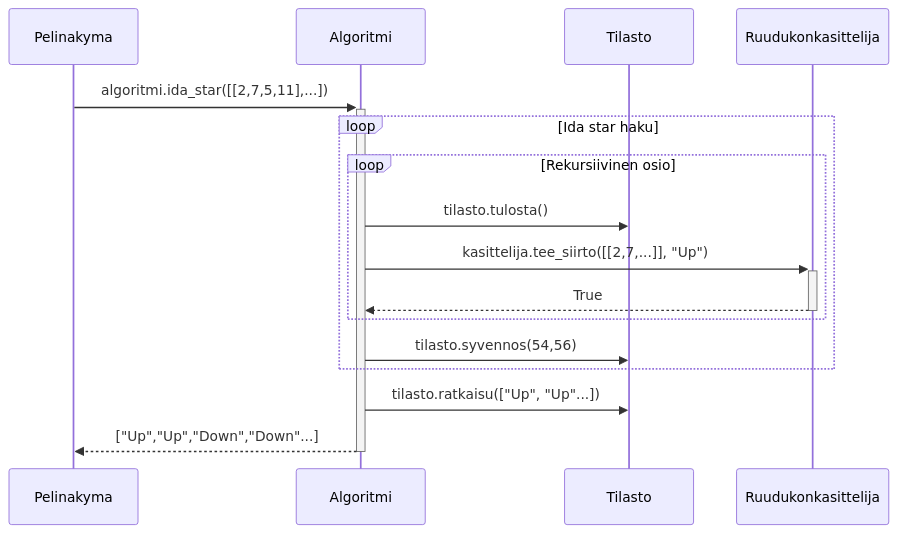
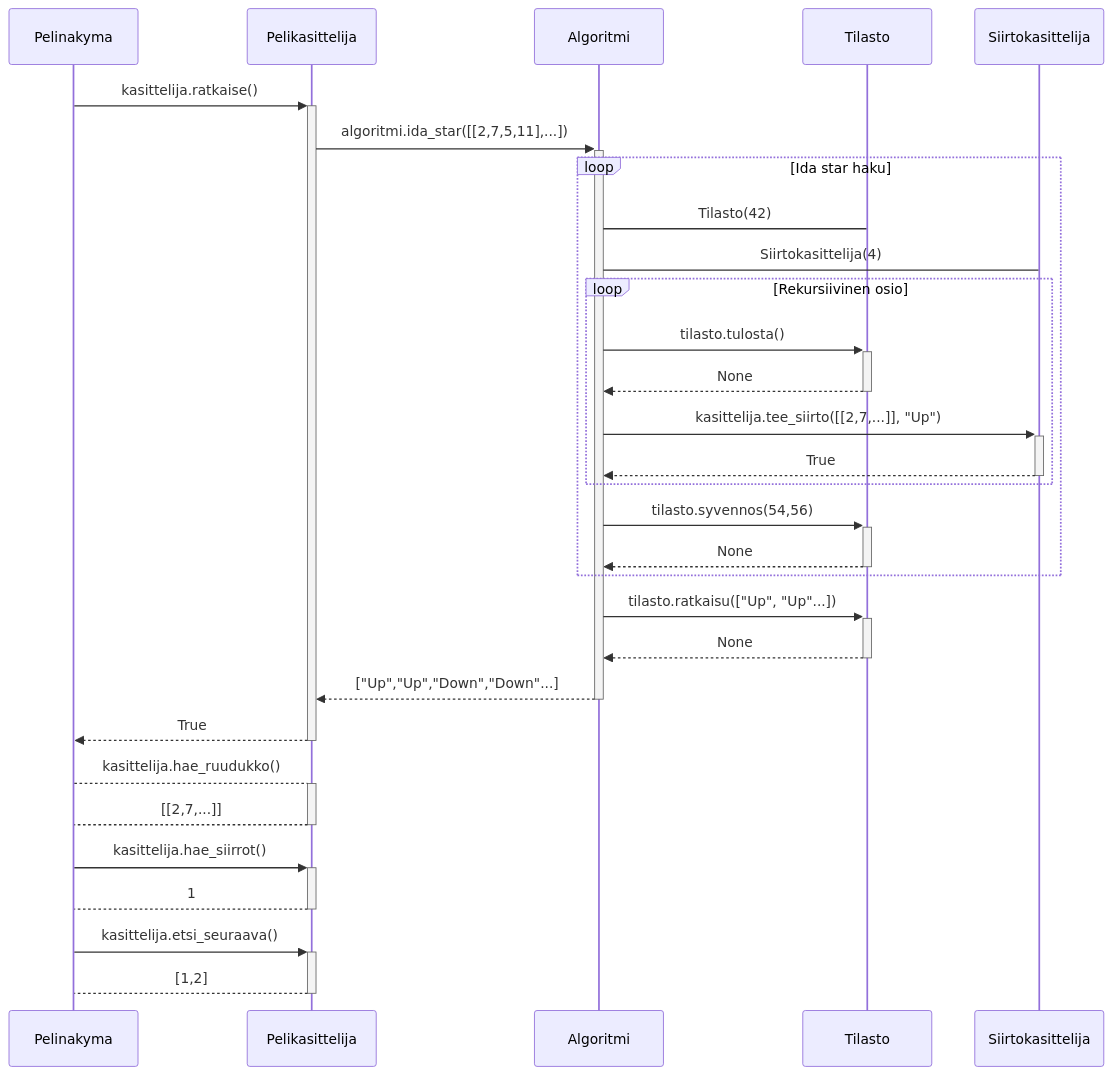
Before and after one commit to EliasTHelsinginYliopisto/15PelinRatkaisija: the third of 4 diagrams in Dokumentaatio/Toteutusdokumentti.md, drawn with Mermaid. The commit also changed other lines of this file and 7 other files, not shown here.

````diff
--- a/Dokumentaatio/Toteutusdokumentti.md
+++ b/Dokumentaatio/Toteutusdokumentti.md
@@ -44,19 +84,27 @@
 ```mermaid
 sequenceDiagram 
-    participant Pelinakyma
-    participant Algoritmi
-    participant Tilasto
-    participant Ruudukonkasittelija
-
-    Pelinakyma ->>+ Algoritmi: algoritmi.ida_star([[2,7,5,11],...])
+    Pelinakyma ->>+ Pelikasittelija: kasittelija.ratkaise()
+    Pelikasittelija ->>+ Algoritmi: algoritmi.ida_star([[2,7,5,11],...])
     loop Ida star haku
+    Algoritmi -> Tilasto: Tilasto(42)
+    Algoritmi -> Siirtokasittelija: Siirtokasittelija(4)
     loop Rekursiivinen osio
-    Algoritmi ->> Tilasto: tilasto.tulosta()
-    Algoritmi ->>+ Ruudukonkasittelija: kasittelija.tee_siirto([[2,7,...]], "Up")
-    Ruudukonkasittelija -->>- Algoritmi: True 
+    Algoritmi ->>+ Tilasto: tilasto.tulosta()
+    Tilasto -->>- Algoritmi: None
+    Algoritmi ->>+ Siirtokasittelija: kasittelija.tee_siirto([[2,7,...]], "Up")
+    Siirtokasittelija -->>- Algoritmi: True 
     end
-    Algoritmi ->> Tilasto: tilasto.syvennos(54,56)
+    Algoritmi ->>+ Tilasto: tilasto.syvennos(54,56)
+    Tilasto -->>- Algoritmi: None
     end
-    Algoritmi ->> Tilasto: tilasto.ratkaisu(["Up", "Up"...])
-    Algoritmi -->>- Pelinakyma: ["Up","Up","Down","Down"...]
+    Algoritmi ->>+ Tilasto: tilasto.ratkaisu(["Up", "Up"...])
+    Tilasto -->>- Algoritmi: None
+    Algoritmi -->>- Pelikasittelija: ["Up","Up","Down","Down"...]
+    Pelikasittelija -->>- Pelinakyma: True
+    Pelinakyma -->+ Pelikasittelija: kasittelija.hae_ruudukko()
+    Pelikasittelija -->- Pelinakyma: [[2,7,...]]    
+    Pelinakyma ->>+ Pelikasittelija: kasittelija.hae_siirrot()
+    Pelikasittelija -->- Pelinakyma: 1
+    Pelinakyma ->>+ Pelikasittelija: kasittelija.etsi_seuraava()
+    Pelikasittelija -->- Pelinakyma: [1,2]
 ```
````
